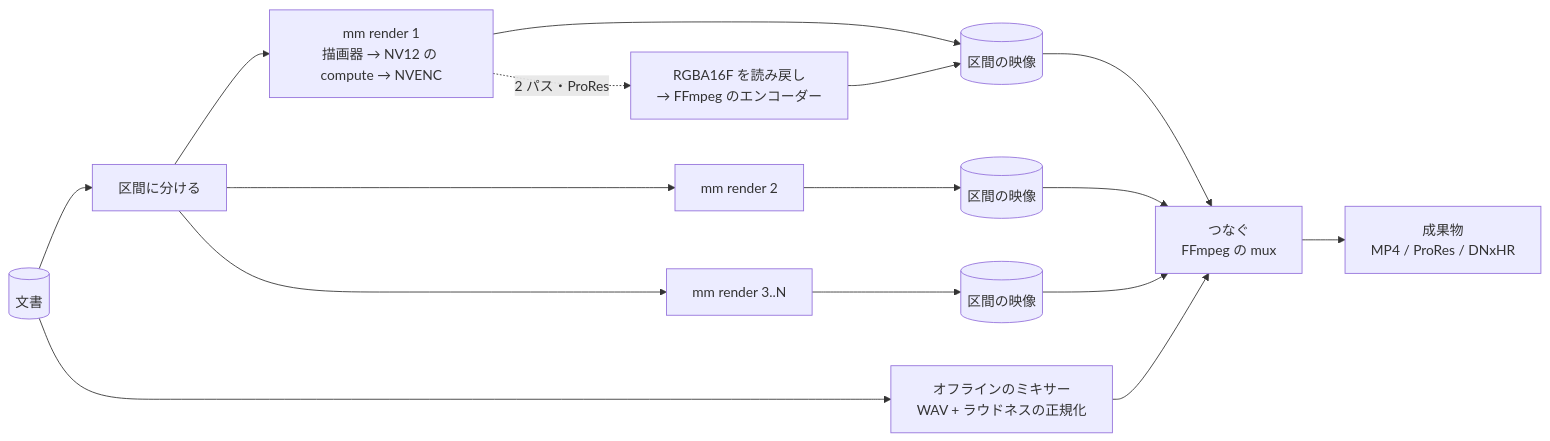
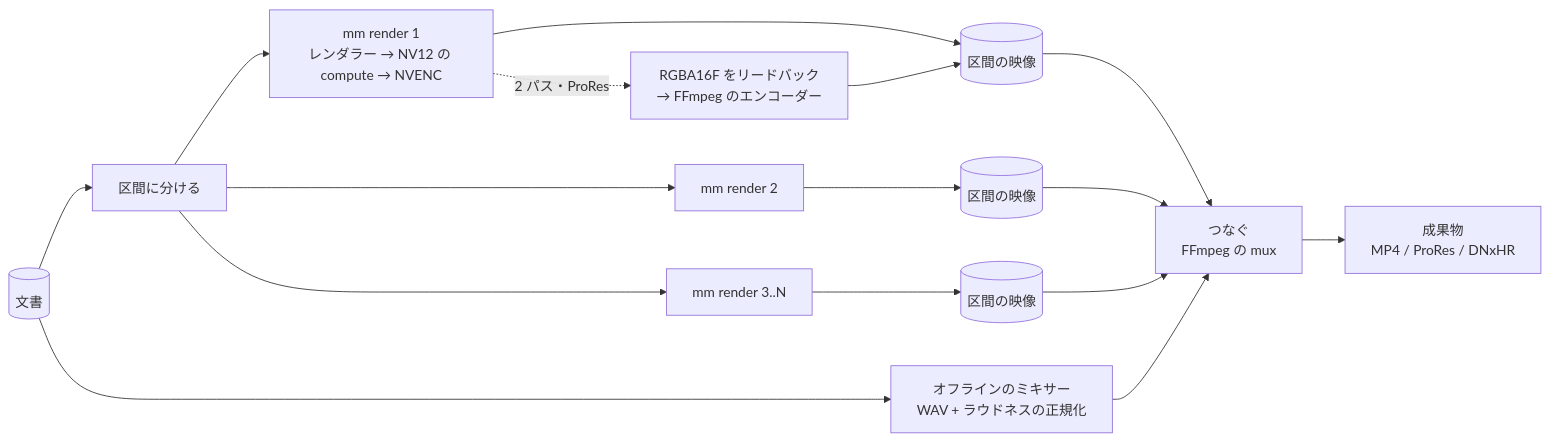
The diagram in movie-maker/docs/design/06-engine.md (Durun/claude-marketplace), drawn with Mermaid before and after one commit. The commit also changed other lines of this file and 218 other files, not shown here.

````diff
--- a/movie-maker/docs/design/06-engine.md
+++ b/movie-maker/docs/design/06-engine.md
@@ -45,16 +45,16 @@
 ```mermaid
 flowchart LR
   DOC[(文書)] --> SPLIT[区間に分ける]
-  SPLIT --> P1[mm render 1<br>描画器 → NV12 の compute → NVENC]
+  SPLIT --> P1[mm render 1<br>レンダラー → NV12 の compute → NVENC]
   SPLIT --> P2[mm render 2]
   SPLIT --> P3[mm render 3..N]
   P1 --> SEG1[(区間の映像)]
   P2 --> SEG2[(区間の映像)]
   P3 --> SEG3[(区間の映像)]
   SEG1 & SEG2 & SEG3 --> JOIN[つなぐ<br>FFmpeg の mux]
   DOC --> AUD[オフラインのミキサー<br>WAV + ラウドネスの正規化]
   AUD --> JOIN
   JOIN --> OUT[成果物<br>MP4 / ProRes / DNxHR]
-  P1 -. 2 パス・ProRes .-> FF[RGBA16F を読み戻し<br>→ FFmpeg のエンコーダー]
+  P1 -. 2 パス・ProRes .-> FF[RGBA16F をリードバック<br>→ FFmpeg のエンコーダー]
   FF --> SEG1
 ```
````
